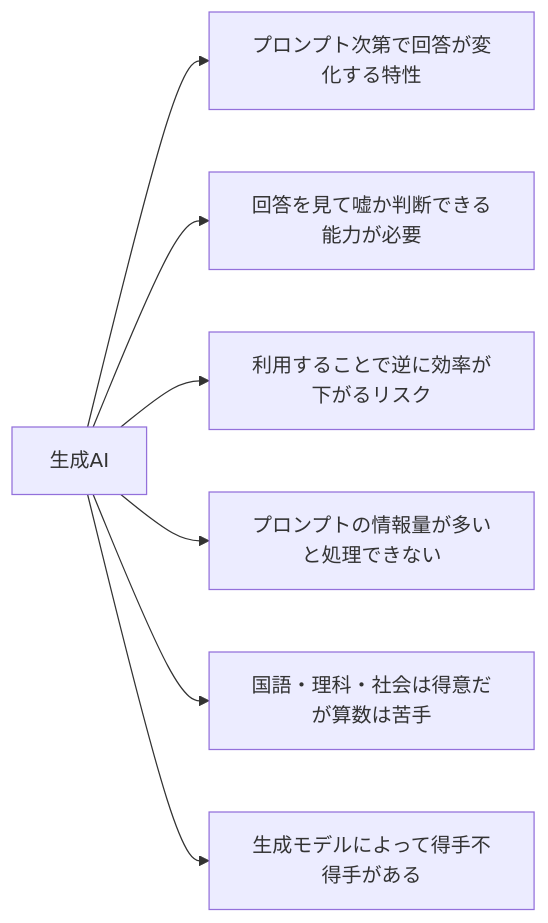
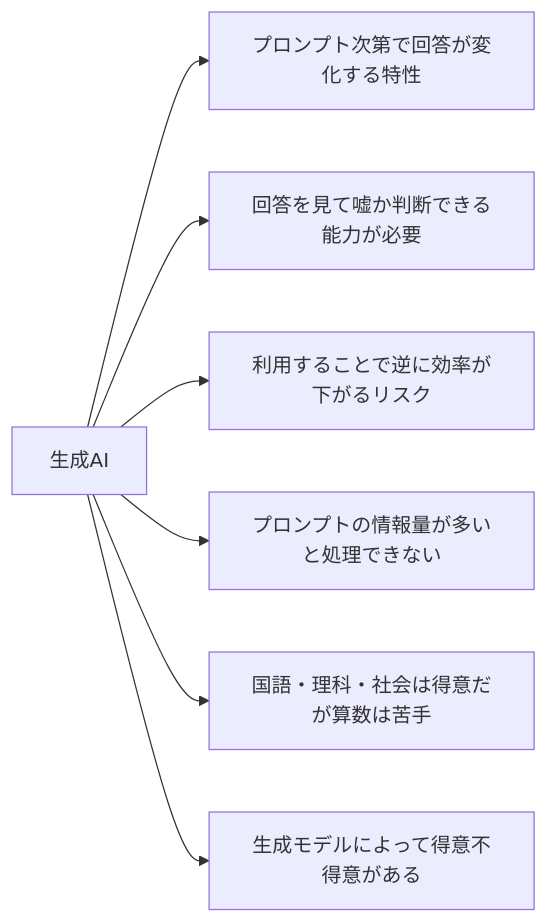
One commit to SparklingDetergent/doc_genai_Using_Generative_AI_with_Mac_Mini_-Introduction- changed the fourth of 14 diagrams in README.md. Above: the diagram before and after it, drawn with Mermaid.

````diff
--- a/README.md
+++ b/README.md
@@ -77,9 +77,9 @@
 ```mermaid
 graph LR
     A[生成AI] --> F[プロンプト次第で回答が変化する特性]
     A --> G[回答を見て嘘か判断できる能力が必要]
     A --> B[利用することで逆に効率が下がるリスク]
     A --> E[プロンプトの情報量が多いと処理できない]
     A --> C[国語・理科・社会は得意だが算数は苦手]
-    A --> D[生成モデルによって得手不得手がある]
+    A --> D[生成モデルによって得意不得意がある]
 ```
````
